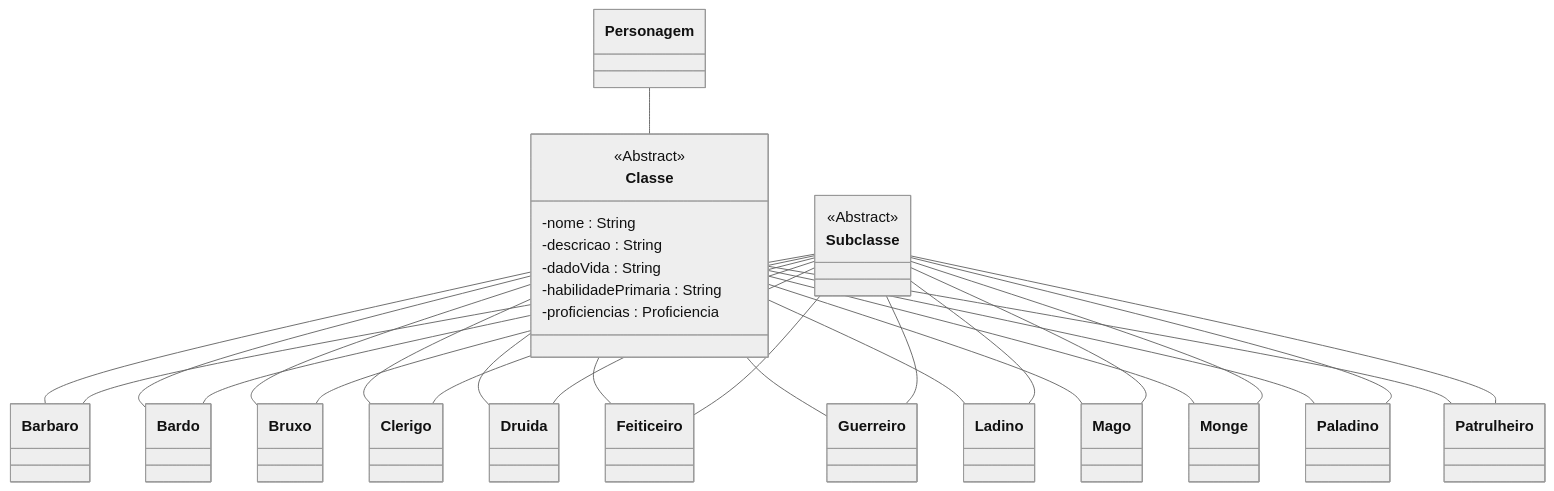
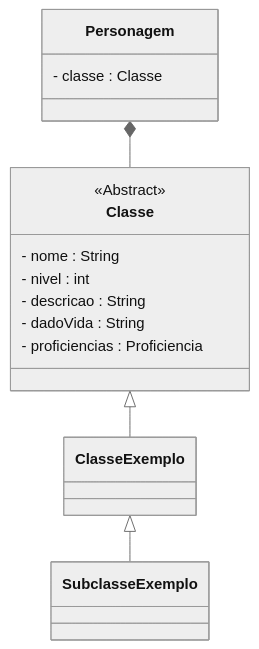
One commit to SirGanB/nio-website changed the diagram in docs/generator/Classe/classe.md. Above: the diagram before and after it, drawn with Mermaid (neutral theme). The commit also changed other lines of this file, not shown here.

Commit message:
Reestruturação do estilo de escrita

````diff
--- a/docs/generator/Classe/classe.md
+++ b/docs/generator/Classe/classe.md
@@ -43,41 +37,17 @@
 ```mermaid
 classDiagram
-    Personagem -- Classe
-
-    Classe -- Barbaro
-    Classe -- Bardo
-    Classe -- Bruxo
-    Classe -- Clerigo
-    Classe -- Druida
-    Classe -- Feiticeiro
-    Classe -- Guerreiro
-    Classe -- Ladino
-    Classe -- Mago
-    Classe -- Monge
-    Classe -- Paladino
-    Classe -- Patrulheiro
-    <<Abstract>> Classe
-
-    
-    Subclasse -- Barbaro
-    Subclasse -- Bardo
-    Subclasse -- Bruxo
-    Subclasse -- Clerigo
-    Subclasse -- Druida
-    Subclasse -- Feiticeiro
-    Subclasse -- Guerreiro
-    Subclasse -- Ladino
-    Subclasse -- Mago
-    Subclasse -- Monge
-    Subclasse -- Paladino
-    Subclasse -- Patrulheiro
-    <<Abstract>> Subclasse
-
-    class Classe {
-        -nome : String
-        -descricao : String
-        -dadoVida : String
-        -habilidadePrimaria : String
-        -proficiencias : Proficiencia
-    }
+  Personagem *-- Classe
+  Classe <|-- ClasseExemplo
+  ClasseExemplo <|-- SubclasseExemplo
+  <<Abstract>> Classe
+  class Classe {
+    - nome : String
+    - nivel : int
+    - descricao : String
+    - dadoVida : String
+    - proficiencias : Proficiencia
+  }
+  class Personagem {
+    - classe : Classe
+  }
 ```
````
